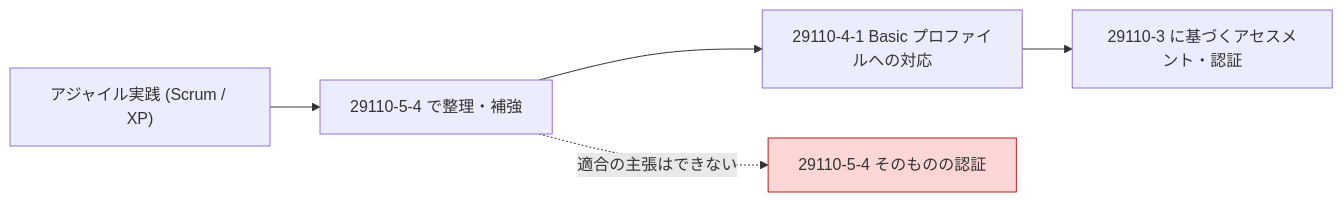
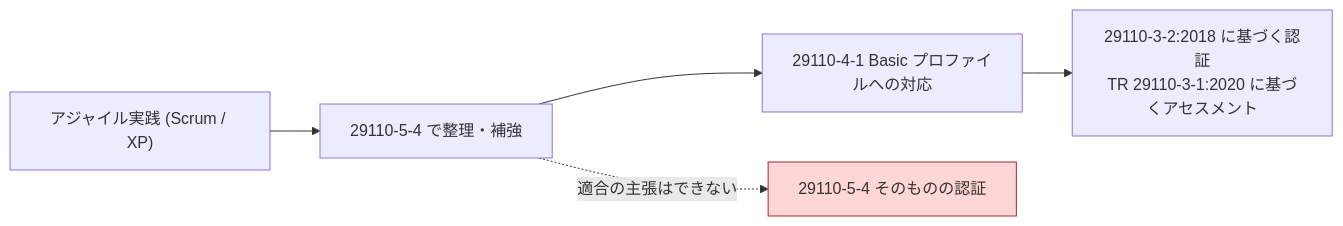
Before and after one commit to myoshi2891/Quality-Assurance-Studies: the ninth of 10 diagrams in Iso-iec-29110-5-4-2025-beginner-guide.md, drawn with Mermaid. The commit also changed other lines of this file, not shown here.

````diff
--- a/Iso-iec-29110-5-4-2025-beginner-guide.md
+++ b/Iso-iec-29110-5-4-2025-beginner-guide.md
@@ -364,8 +366,8 @@
 ```mermaid
 flowchart LR
   A["アジャイル実践 (Scrum / XP)"] --> B["29110-5-4 で整理・補強"]
   B --> C["29110-4-1 Basic プロファイルへの対応"]
-  C --> D["29110-3 に基づくアセスメント・認証"]
+  C --> D["29110-3-2:2018 に基づく認証<br/>TR 29110-3-1:2020 に基づくアセスメント"]
   B -. "適合の主張はできない" .-> X["29110-5-4 そのものの認証"]
   style X fill:#ffd6d6,stroke:#b22222
 ```
````
